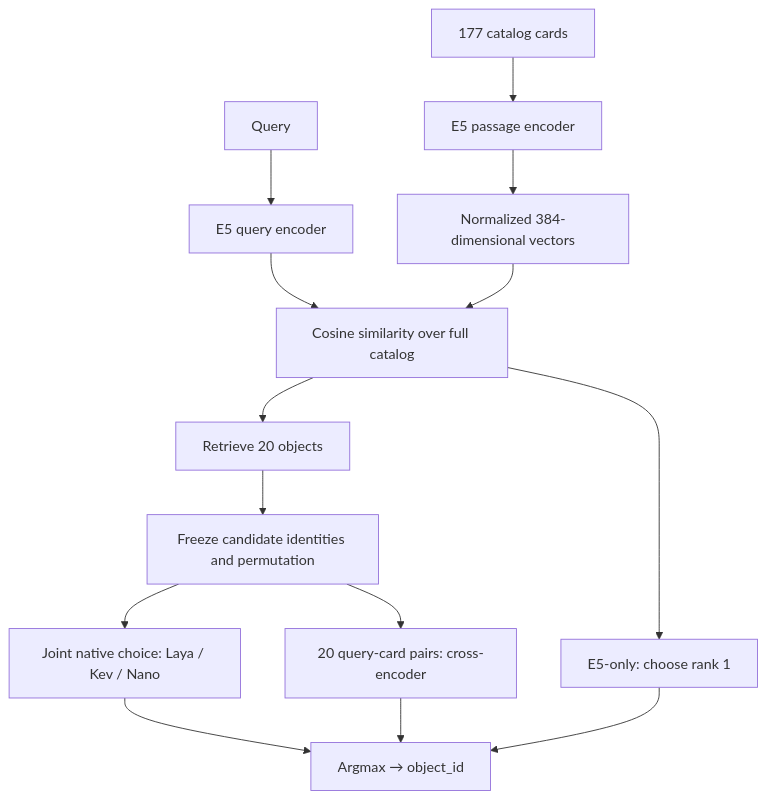
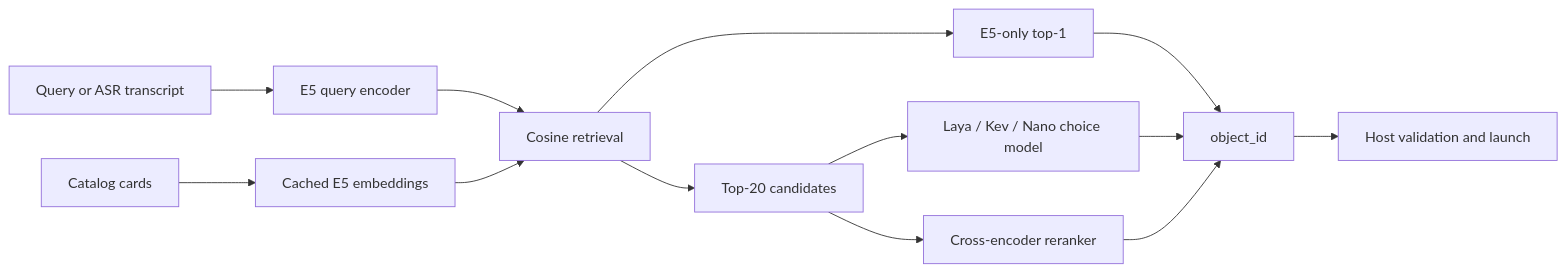
One commit to matveyvarfolomeeev/russian-command-routing changed the diagram in docs/ARCHITECTURE.md. Above: the diagram before and after it, drawn with Mermaid. The commit also changed other lines of this file and 38 other files, not shown here.

````diff
--- a/docs/ARCHITECTURE.md
+++ b/docs/ARCHITECTURE.md
@@ -25,16 +5,15 @@
 ```mermaid
-flowchart TD
-    C[177 catalog cards] --> P[E5 passage encoder]
-    P --> I[Normalized 384-dimensional vectors]
-    Q[Query] --> E[E5 query encoder]
-    E --> R[Cosine similarity over full catalog]
+flowchart LR
+    Q[Query or ASR transcript] --> E[E5 query encoder]
+    C[Catalog cards] --> I[Cached E5 embeddings]
+    E --> R[Cosine retrieval]
     I --> R
-    R --> F[E5-only: choose rank 1]
-    R --> K[Retrieve 20 objects]
-    K --> S[Freeze candidate identities and permutation]
-    S --> L[Joint native choice: Laya / Kev / Nano]
-    S --> B[20 query-card pairs: cross-encoder]
-    L --> A[Argmax → object_id]
-    B --> A
-    F --> A
+    R --> F[E5-only top-1]
+    R --> K[Top-20 candidates]
+    K --> D[Laya / Kev / Nano choice model]
+    K --> X[Cross-encoder reranker]
+    F --> O[object_id]
+    D --> O
+    X --> O
+    O --> H[Host validation and launch]
 ```
````
